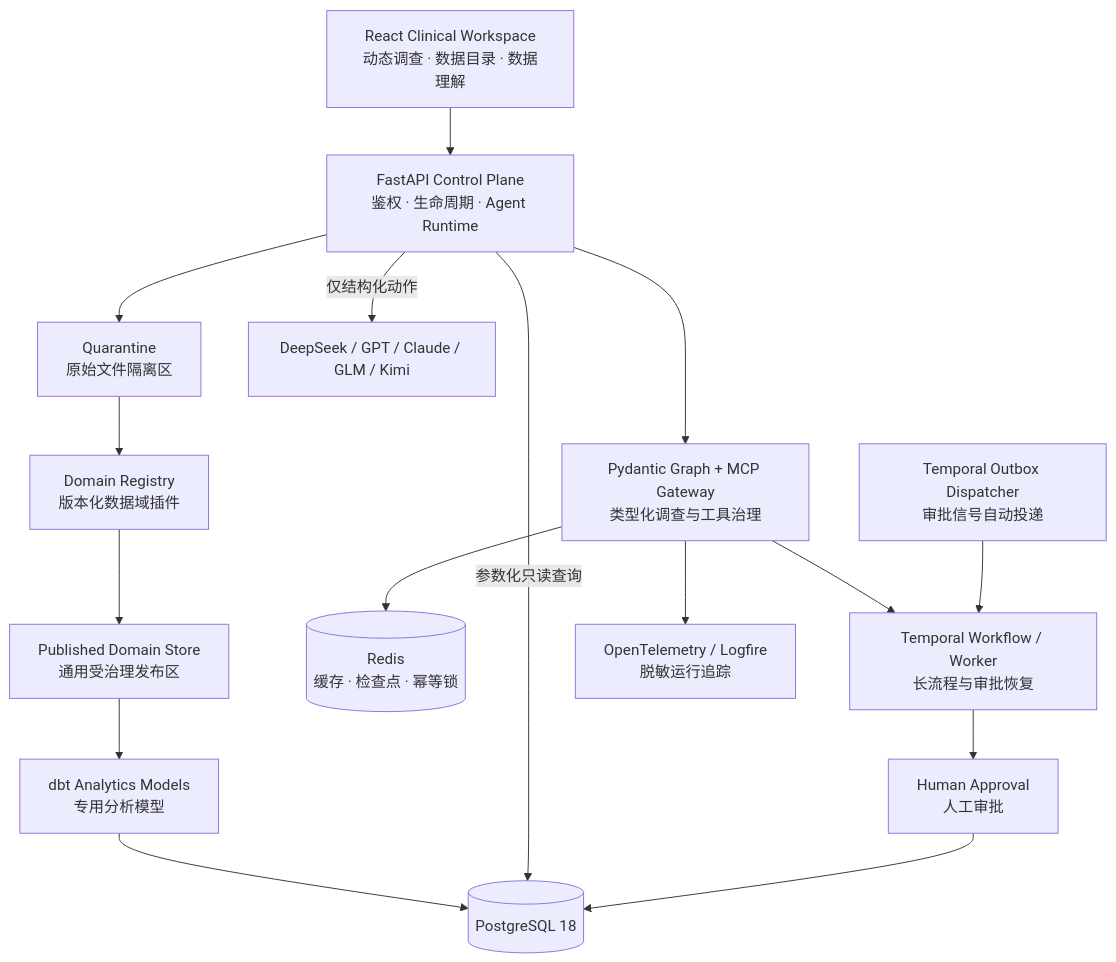
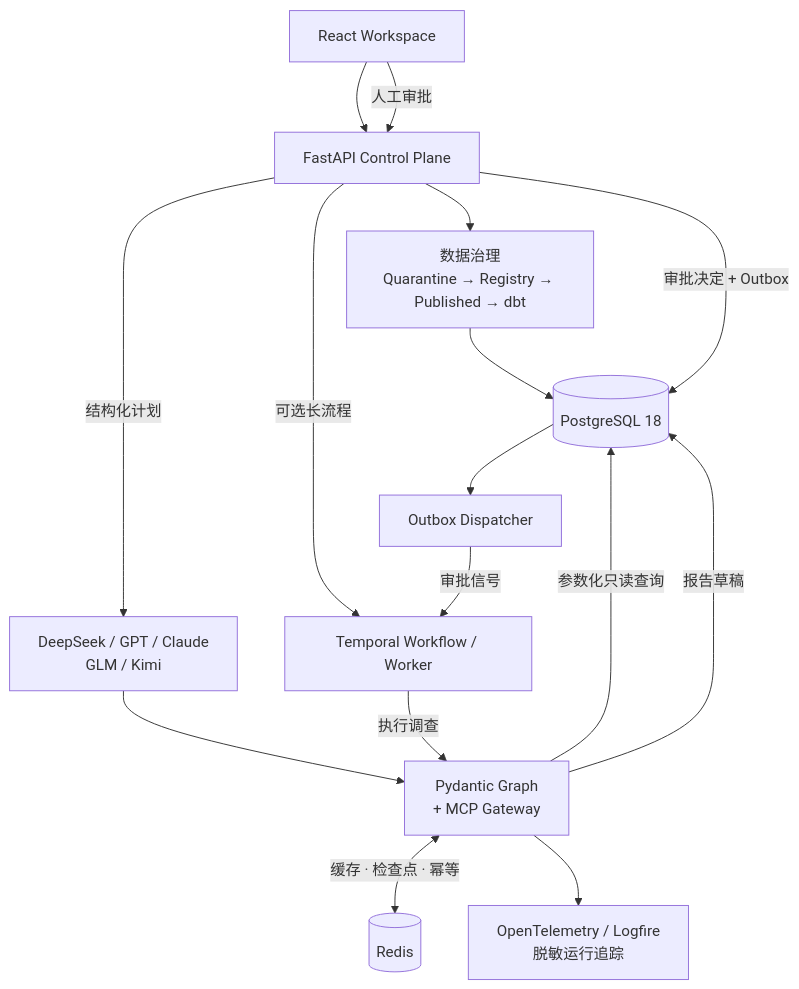
One commit to hzz-0005/clinical-graphflow changed the second of 2 diagrams in README.md. Above: the diagram before and after it, drawn with Mermaid.

Commit message:
docs: simplify and correct architecture overview

````diff
--- a/README.md
+++ b/README.md
@@ -45,33 +45,21 @@
 ```mermaid
 flowchart TB
-    UI[React Clinical Workspace<br/>动态调查 · 数据目录 · 数据理解]
-    API[FastAPI Control Plane<br/>鉴权 · 生命周期 · Agent Runtime]
-    Q[Quarantine<br/>原始文件隔离区]
-    G[Domain Registry<br/>版本化数据域插件]
-    P[Published Domain Store<br/>通用受治理发布区]
-    DBT[dbt Analytics Models<br/>专用分析模型]
-    PG[(PostgreSQL 18)]
-    LLM[DeepSeek / GPT / Claude / GLM / Kimi]
-    GRAPH[Pydantic Graph + MCP Gateway<br/>类型化调查与工具治理]
-    REDIS[(Redis<br/>缓存 · 检查点 · 幂等锁)]
-    TEMPORAL[Temporal Workflow / Worker<br/>长流程与审批恢复]
-    OUTBOX[Temporal Outbox Dispatcher<br/>审批信号自动投递]
-    TRACE[OpenTelemetry / Logfire<br/>脱敏运行追踪]
-    HITL[Human Approval<br/>人工审批]
+    UI[React Workspace] --> API[FastAPI Control Plane]
 
-    UI --> API
-    API --> Q
-    Q --> G
-    G --> P
-    P --> DBT
-    DBT --> PG
-    API -->|仅结构化动作| LLM
-    API -->|参数化只读查询| PG
-    API --> GRAPH
-    GRAPH --> REDIS
-    GRAPH --> TEMPORAL
-    OUTBOX --> TEMPORAL
-    GRAPH --> TRACE
-    TEMPORAL --> HITL
-    HITL --> PG
+    API --> DATA[数据治理<br/>Quarantine → Registry → Published → dbt]
+    DATA --> PG[(PostgreSQL 18)]
+
+    API -->|结构化计划| LLM[DeepSeek / GPT / Claude<br/>GLM / Kimi]
+    LLM --> GRAPH[Pydantic Graph<br/>+ MCP Gateway]
+    GRAPH -->|参数化只读查询| PG
+    GRAPH <-->|缓存 · 检查点 · 幂等| REDIS[(Redis)]
+    GRAPH --> TRACE[OpenTelemetry / Logfire<br/>脱敏运行追踪]
+
+    API -->|可选长流程| TEMPORAL[Temporal Workflow / Worker]
+    TEMPORAL -->|执行调查| GRAPH
+    GRAPH -->|报告草稿| PG
+    UI -->|人工审批| API
+    API -->|审批决定 + Outbox| PG
+    PG --> OUTBOX[Outbox Dispatcher]
+    OUTBOX -->|审批信号| TEMPORAL
 ```
````
